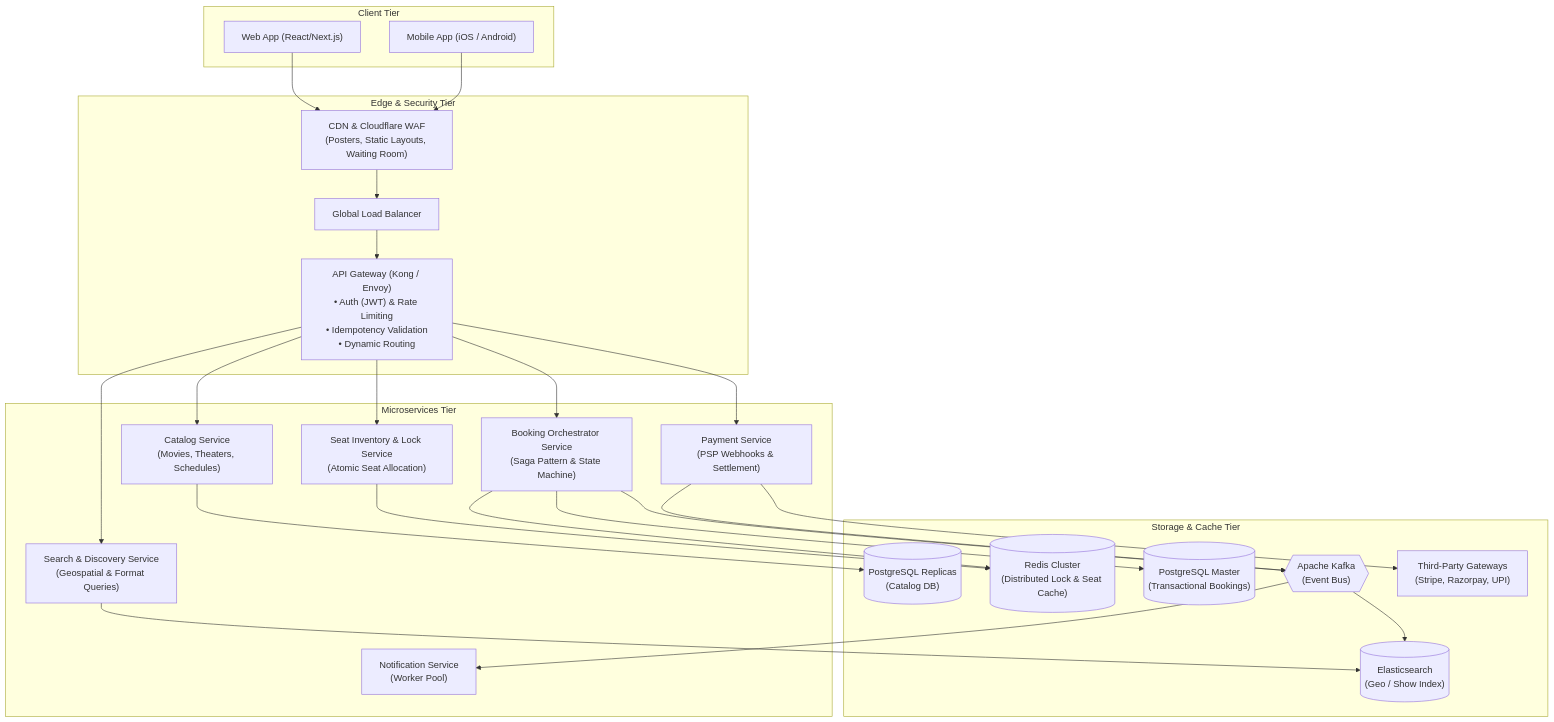
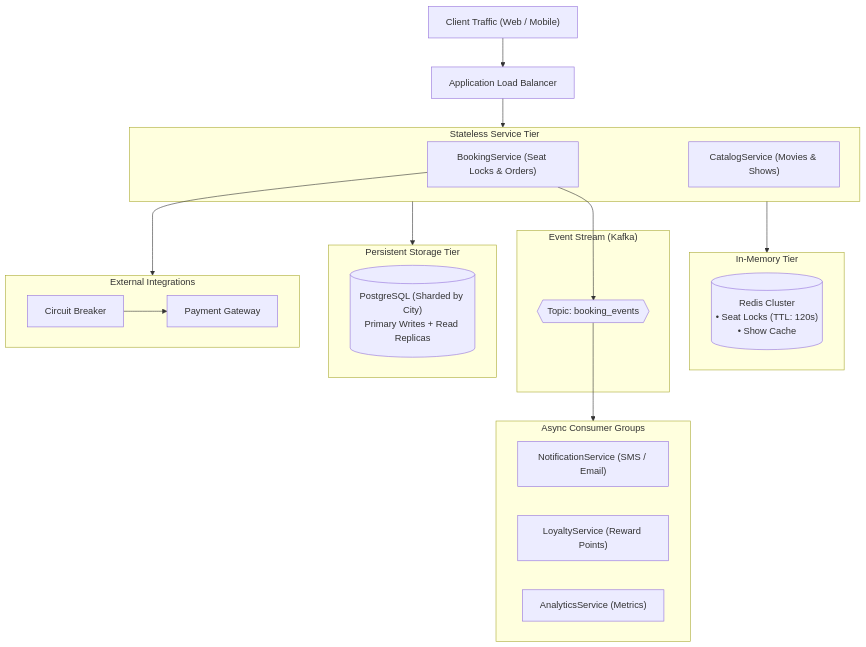
The diagram in README.md (gurjung/movie-booking-system-hld), drawn with Mermaid before and after one commit. The commit also changed other lines of this file, not shown here.

````diff
--- a/README.md
+++ b/README.md
@@ -46,53 +23,37 @@
 ```mermaid
 flowchart TD
-    subgraph Client_Layer["Client Tier"]
-        C1["Web App (React/Next.js)"]
-        C2["Mobile App (iOS / Android)"]
+    Client["Client Traffic (Web / Mobile)"] --> ALB["Application Load Balancer"]
+    
+    subgraph Services["Stateless Service Tier"]
+        BS["BookingService (Seat Locks & Orders)"]
+        CS["CatalogService (Movies & Shows)"]
     end
+    ALB --> Services
 
-    subgraph Edge_Layer["Edge & Security Tier"]
-        CDN["CDN & Cloudflare WAF<br/>(Posters, Static Layouts, Waiting Room)"]
-        GLB["Global Load Balancer"]
-        APIGW["API Gateway (Kong / Envoy)<br/>• Auth (JWT) & Rate Limiting<br/>• Idempotency Validation<br/>• Dynamic Routing"]
+    subgraph Caching["In-Memory Tier"]
+        Redis[("Redis Cluster<br/>• Seat Locks (TTL: 120s)<br/>• Show Cache")]
     end
+    Services --> Caching
 
-    subgraph Services["Microservices Tier"]
-        CatalogSvc["Catalog Service<br/>(Movies, Theaters, Schedules)"]
-        SearchSvc["Search & Discovery Service<br/>(Geospatial & Format Queries)"]
-        SeatSvc["Seat Inventory & Lock Service<br/>(Atomic Seat Allocation)"]
-        BookingSvc["Booking Orchestrator Service<br/>(Saga Pattern & State Machine)"]
-        PaymentSvc["Payment Service<br/>(PSP Webhooks & Settlement)"]
-        NotifySvc["Notification Service<br/>(Worker Pool)"]
+    subgraph Messaging["Event Stream (Kafka)"]
+        Kafka{{"Topic: booking_events"}}
     end
+    BS --> Kafka
 
-    subgraph Data_Layer["Storage & Cache Tier"]
-        PG_Catalog[("PostgreSQL Replicas<br/>(Catalog DB)")]
-        ES[("Elasticsearch<br/>(Geo / Show Index)")]
-        Redis_Lock[("Redis Cluster<br/>(Distributed Lock & Seat Cache)")]
-        PG_Booking[("PostgreSQL Master<br/>(Transactional Bookings)")]
-        Kafka{{"Apache Kafka<br/>(Event Bus)"}}
-        PSP["Third-Party Gateways<br/>(Stripe, Razorpay, UPI)"]
+    subgraph Consumers["Async Consumer Groups"]
+        NS["NotificationService (SMS / Email)"]
+        LS["LoyaltyService (Reward Points)"]
+        AS["AnalyticsService (Metrics)"]
     end
+    Kafka --> Consumers
 
-    C1 & C2 --> CDN
-    CDN --> GLB
-    GLB --> APIGW
+    subgraph Storage["Persistent Storage Tier"]
+        DB[("PostgreSQL (Sharded by City)<br/>Primary Writes + Read Replicas")]
+    end
+    Services --> Storage
 
-    APIGW --> CatalogSvc
-    APIGW --> SearchSvc
-    APIGW --> SeatSvc
-    APIGW --> BookingSvc
-    APIGW --> PaymentSvc
-
-    CatalogSvc --> PG_Catalog
-    SearchSvc --> ES
-    SeatSvc --> Redis_Lock
-    BookingSvc --> Redis_Lock
-    BookingSvc --> PG_Booking
-    BookingSvc --> Kafka
-    PaymentSvc --> PSP
-    PaymentSvc --> Kafka
-
-    Kafka --> NotifySvc
-    Kafka --> ES
+    subgraph Integrations["External Integrations"]
+        CB["Circuit Breaker"] --> PG["Payment Gateway"]
+    end
+    BS --> Integrations
 ```
````
